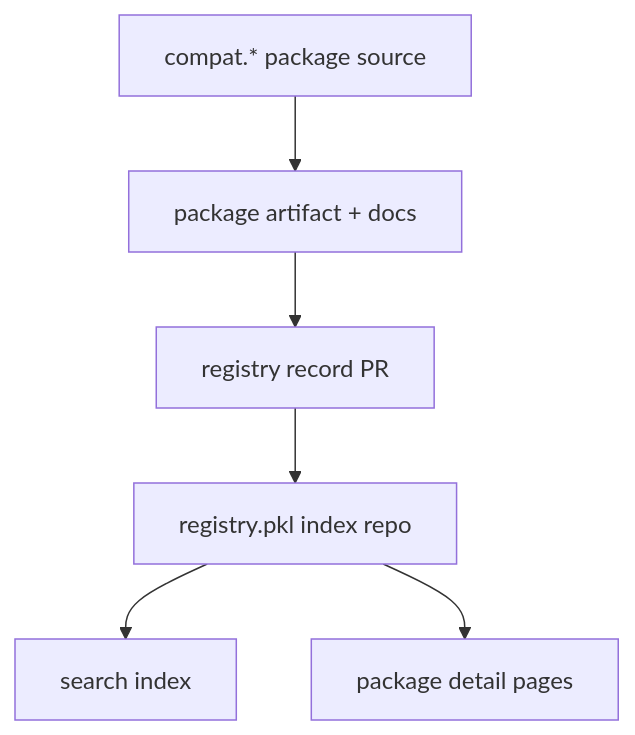
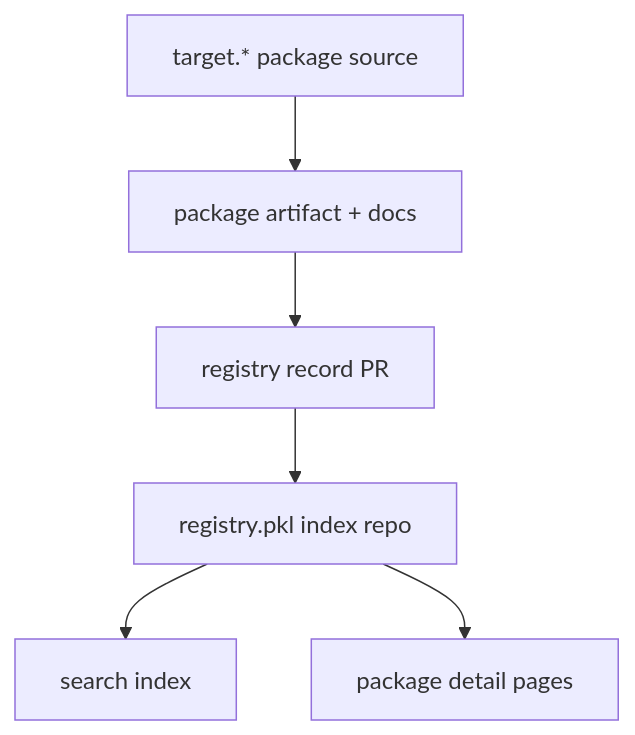
One commit to ubugeeei/registry.pkl changed the diagram in packages/docs/content/architecture/index.md. Above: the diagram before and after it, drawn with Mermaid. The commit also changed other lines of this file and 114 other files, not shown here.

````diff
--- a/packages/docs/content/architecture/index.md
+++ b/packages/docs/content/architecture/index.md
@@ -27,8 +27,8 @@
 ```mermaid
 flowchart TD
-  A["compat.* package source"] --> B["package artifact + docs"]
+  A["target.* package source"] --> B["package artifact + docs"]
   B --> C["registry record PR"]
   C --> D["registry.pkl index repo"]
   D --> E["search index"]
   D --> F["package detail pages"]
 ```
````
